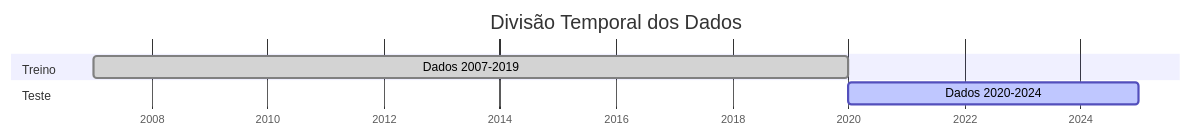
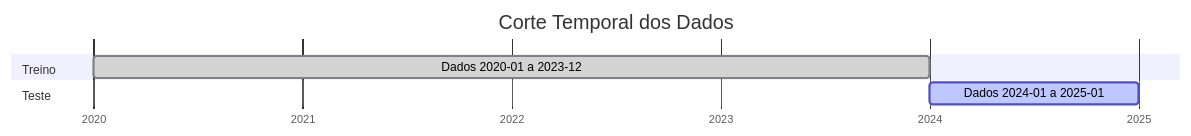
One commit to adapterbotcloud/confereai changed the fifth of 8 diagrams in DIAGRAMS.md. Above: the diagram before and after it, drawn with Mermaid. The commit also changed other lines of this file and 7 other files, not shown here.

````diff
--- a/DIAGRAMS.md
+++ b/DIAGRAMS.md
@@ -74,12 +109,12 @@
 ```mermaid
 gantt
-    title Divisão Temporal dos Dados
+    title Corte Temporal dos Dados
     dateFormat  YYYY-MM
     axisFormat  %Y
     
     section Treino
-    Dados 2007-2019    :done, t1, 2007-01, 2020-01
+    Dados 2020-01 a 2023-12    :done, t1, 2020-01, 2024-01
     
     section Teste
-    Dados 2020-2024    :active, t2, 2020-01, 2025-01
+    Dados 2024-01 a 2025-01    :active, t2, 2024-01, 2025-01
 ```
````
